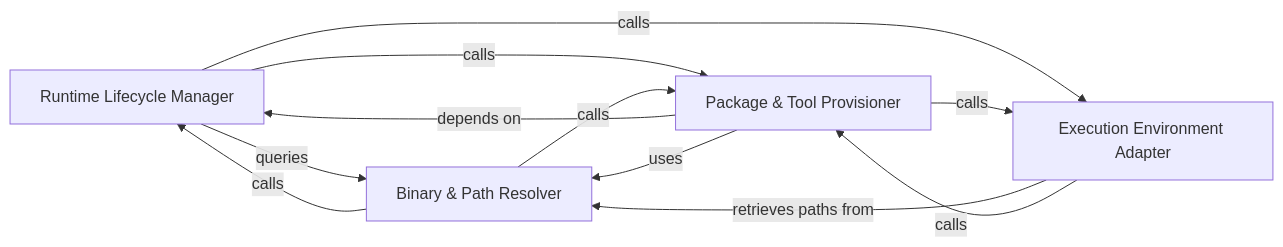
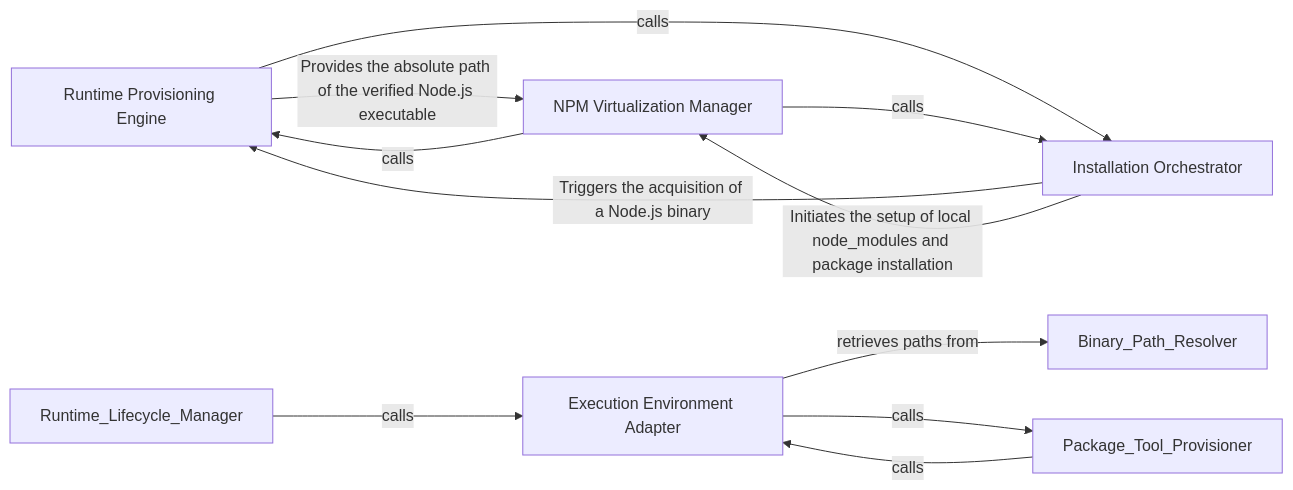
One commit to CodeBoarding/CodeBoarding changed the diagram in .codeboarding/Node_js_Environment_Manager.md. Above: the diagram before and after it, drawn with Mermaid. The commit also changed other lines of this file and 43 other files, not shown here.

Commit message:
chore(codeboarding): sync architecture baseline

````diff
--- a/.codeboarding/Node_js_Environment_Manager.md
+++ b/.codeboarding/Node_js_Environment_Manager.md
@@ -1,17 +1,17 @@
 ```mermaid
 graph LR
-    Runtime_Lifecycle_Manager["Runtime Lifecycle Manager"]
-    Binary_Path_Resolver["Binary & Path Resolver"]
-    Package_Tool_Provisioner["Package & Tool Provisioner"]
     Execution_Environment_Adapter["Execution Environment Adapter"]
-    Runtime_Lifecycle_Manager -- "queries" --> Binary_Path_Resolver
-    Package_Tool_Provisioner -- "depends on" --> Runtime_Lifecycle_Manager
-    Package_Tool_Provisioner -- "uses" --> Binary_Path_Resolver
+    Runtime_Provisioning_Engine["Runtime Provisioning Engine"]
+    NPM_Virtualization_Manager["NPM Virtualization Manager"]
+    Installation_Orchestrator["Installation Orchestrator"]
     Execution_Environment_Adapter -- "retrieves paths from" --> Binary_Path_Resolver
-    Runtime_Lifecycle_Manager -- "calls" --> Package_Tool_Provisioner
     Runtime_Lifecycle_Manager -- "calls" --> Execution_Environment_Adapter
-    Binary_Path_Resolver -- "calls" --> Runtime_Lifecycle_Manager
-    Binary_Path_Resolver -- "calls" --> Package_Tool_Provisioner
     Package_Tool_Provisioner -- "calls" --> Execution_Environment_Adapter
     Execution_Environment_Adapter -- "calls" --> Package_Tool_Provisioner
+    Installation_Orchestrator -- "Triggers the acquisition of a Node.js binary" --> Runtime_Provisioning_Engine
+    Installation_Orchestrator -- "Initiates the setup of local node_modules and package installation" --> NPM_Virtualization_Manager
+    Runtime_Provisioning_Engine -- "Provides the absolute path of the verified Node.js executable" --> NPM_Virtualization_Manager
+    Runtime_Provisioning_Engine -- "calls" --> Installation_Orchestrator
+    NPM_Virtualization_Manager -- "calls" --> Runtime_Provisioning_Engine
+    NPM_Virtualization_Manager -- "calls" --> Installation_Orchestrator
 ```
````
